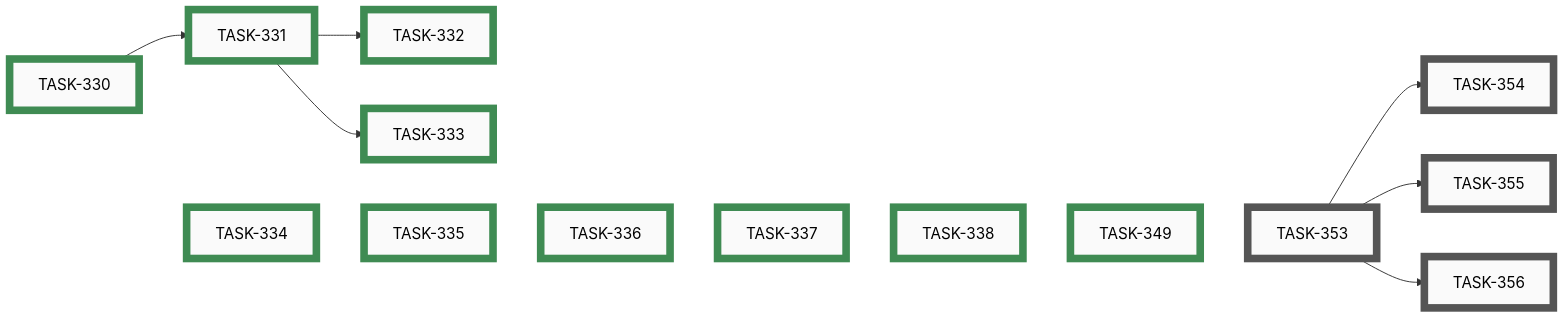
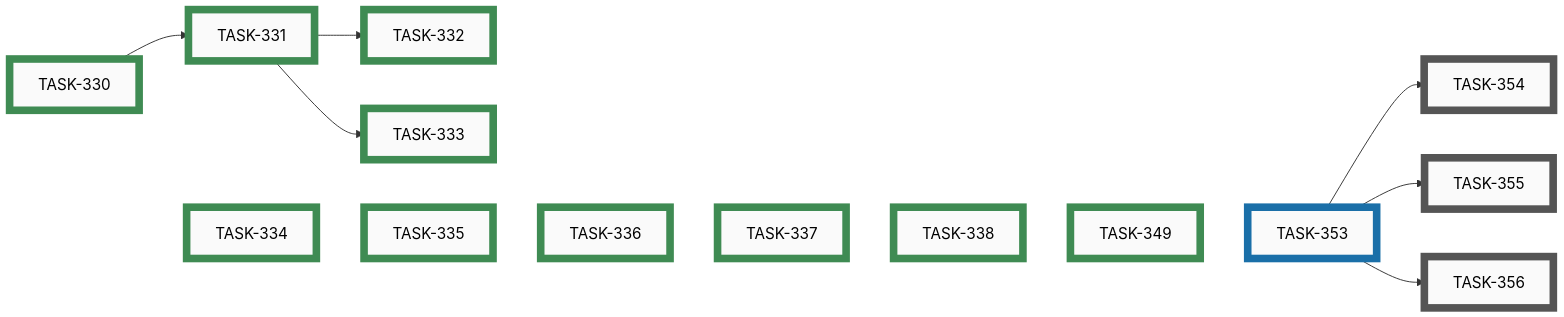
The eighth of 10 diagrams in docs/developers/tasks/EPICS.md (tgd1975/AwesomeStudioPedal), drawn with Mermaid before and after one commit. The commit also changed other lines of this file and 8 other files, not shown here.

````diff
--- a/docs/developers/tasks/EPICS.md
+++ b/docs/developers/tasks/EPICS.md
@@ -296,46 +296,46 @@
 ```mermaid
 graph LR
-    TASK_353["TASK-353"]:::open
     TASK_354["TASK-354"]:::open
     TASK_355["TASK-355"]:::open
     TASK_356["TASK-356"]:::open
+    TASK_353["TASK-353"]:::active
     TASK_330["TASK-330"]:::closed
     TASK_331["TASK-331"]:::closed
     TASK_332["TASK-332"]:::closed
     TASK_333["TASK-333"]:::closed
     TASK_334["TASK-334"]:::closed
     TASK_335["TASK-335"]:::closed
     TASK_336["TASK-336"]:::closed
     TASK_337["TASK-337"]:::closed
     TASK_338["TASK-338"]:::closed
     TASK_349["TASK-349"]:::closed
     TASK_353 --> TASK_354
     TASK_353 --> TASK_355
     TASK_353 --> TASK_356
     TASK_330 --> TASK_331
     TASK_331 --> TASK_332
     TASK_331 --> TASK_333
     TASK_330 ~~~ TASK_334 ~~~ TASK_335 ~~~ TASK_336 ~~~ TASK_337 ~~~ TASK_338 ~~~ TASK_349 ~~~ TASK_353
-    click TASK_353 "open/task-353-feasibility-firmware-ble-readback-surfaces.md"
     click TASK_354 "open/task-354-firmware-version-read-characteristic.md"
     click TASK_355 "open/task-355-firmware-config-readback.md"
     click TASK_356 "open/task-356-firmware-active-profile-notify.md"
+    click TASK_353 "active/task-353-feasibility-firmware-ble-readback-surfaces.md"
     click TASK_330 "closed/task-330-decide-content-page-open-questions.md"
     click TASK_331 "closed/task-331-add-info-about-page.md"
     click TASK_332 "closed/task-332-add-howto-quickstart-page.md"
     click TASK_333 "closed/task-333-add-profiles-troubleshooting-legal-pages.md"
     click TASK_334 "closed/task-334-add-startup-splash-screen.md"
     click TASK_335 "closed/task-335-add-connection-status-strip-and-details-sheet.md"
     click TASK_336 "closed/task-336-add-connected-pedal-page-board-only.md"
     click TASK_337 "closed/task-337-firmware-expose-version-config-active-profile.md"
     click TASK_338 "closed/task-338-add-hid-display-table-and-live-keystroke-page.md"
     click TASK_349 "closed/task-349-display-unified-version-in-mobile-app.md"
     classDef open    fill:#FAFAFA,stroke:#555,stroke-width:8px,color:#000
     classDef active  fill:#FAFAFA,stroke:#1A6FA8,stroke-width:8px,color:#000
     classDef closed  fill:#FAFAFA,stroke:#3F8B53,stroke-width:8px,color:#000
     classDef paused  fill:#FAFAFA,stroke:#B07810,stroke-width:8px,color:#000
     classDef openExt    fill:#000,stroke:#888,stroke-width:8px,color:#FFF
     classDef activeExt  fill:#000,stroke:#3FA9F5,stroke-width:8px,color:#FFF
     classDef closedExt  fill:#000,stroke:#7CC68A,stroke-width:8px,color:#FFF
     classDef pausedExt  fill:#000,stroke:#F0B030,stroke-width:8px,color:#FFF
 ```
````
